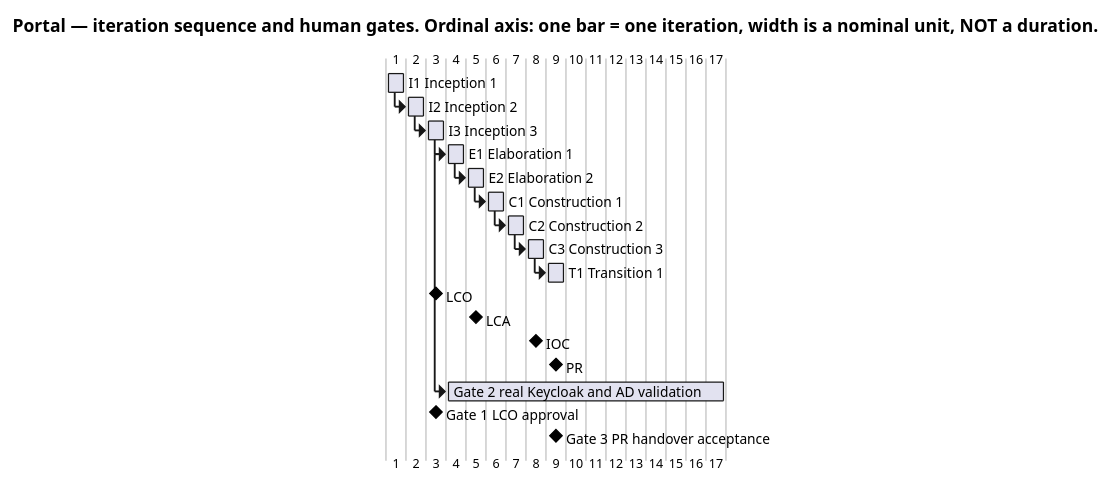
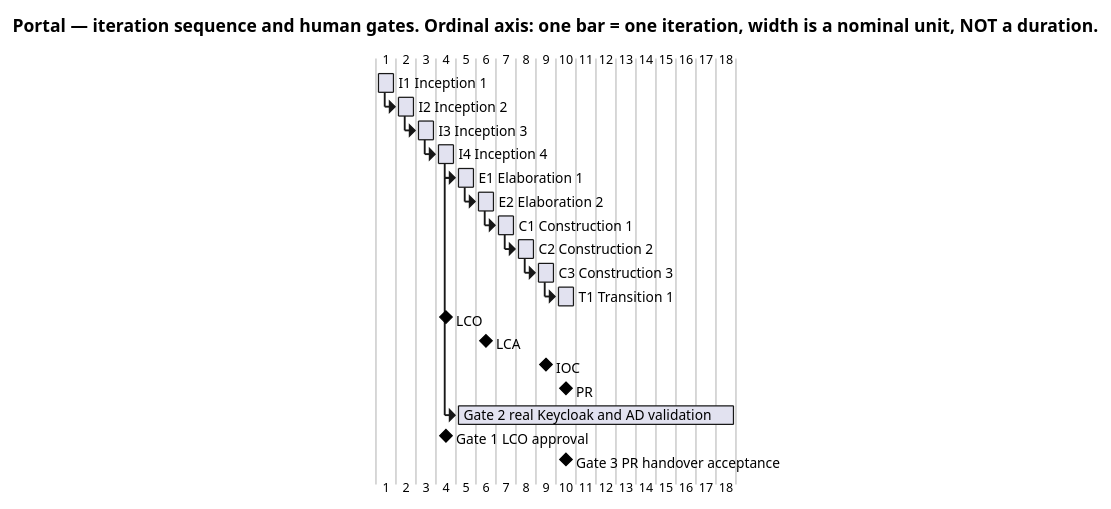
Before and after one commit to banense-test/portal: the second of 4 diagrams in docs/artifacts/project-management/iteration-plan.md, drawn with PlantUML. The commit also changed other lines of this file, not shown here.

````diff
--- a/docs/artifacts/project-management/iteration-plan.md
+++ b/docs/artifacts/project-management/iteration-plan.md
@@ -110,37 +113,39 @@
 ```plantuml
 @startgantt
 title Portal — iteration sequence and human gates. Ordinal axis: one bar = one iteration, width is a nominal unit, NOT a duration.
 [I1 Inception 1] lasts 1 day
 [I2 Inception 2] lasts 1 day
 [I3 Inception 3] lasts 1 day
+[I4 Inception 4] lasts 1 day
 [E1 Elaboration 1] lasts 1 day
 [E2 Elaboration 2] lasts 1 day
 [C1 Construction 1] lasts 1 day
 [C2 Construction 2] lasts 1 day
 [C3 Construction 3] lasts 1 day
 [T1 Transition 1] lasts 1 day
 [I2 Inception 2] starts at [I1 Inception 1]'s end
 [I3 Inception 3] starts at [I2 Inception 2]'s end
-[E1 Elaboration 1] starts at [I3 Inception 3]'s end
+[I4 Inception 4] starts at [I3 Inception 3]'s end
+[E1 Elaboration 1] starts at [I4 Inception 4]'s end
 [E2 Elaboration 2] starts at [E1 Elaboration 1]'s end
 [C1 Construction 1] starts at [E2 Elaboration 2]'s end
 [C2 Construction 2] starts at [C1 Construction 1]'s end
 [C3 Construction 3] starts at [C2 Construction 2]'s end
 [T1 Transition 1] starts at [C3 Construction 3]'s end
-[LCO] happens at [I3 Inception 3]'s end
+[LCO] happens at [I4 Inception 4]'s end
 [LCA] happens at [E2 Elaboration 2]'s end
 [IOC] happens at [C3 Construction 3]'s end
 [PR] happens at [T1 Transition 1]'s end
 [Gate 2 real Keycloak and AD validation] lasts 14 days
 [Gate 2 real Keycloak and AD validation] starts at [E1 Elaboration 1]'s start
-[Gate 1 LCO approval] happens at [I3 Inception 3]'s end
+[Gate 1 LCO approval] happens at [I4 Inception 4]'s end
 [Gate 3 PR handover acceptance] happens at [T1 Transition 1]'s end
 note bottom
   ORDINAL AXIS, NO CALENDAR. One bar is one iteration and its width is a nominal unit, not a
   duration. The "1 day" token is PlantUML's syntax for that nominal unit: it is not a measured
   or estimated duration, and no calendar date is projected from it. No project start date is set.
   The only measured quantity on this chart is the human gate, in days of queue time, reported
   apart from agent time and never added to it.
 end note
 @endgantt
 ```
````
